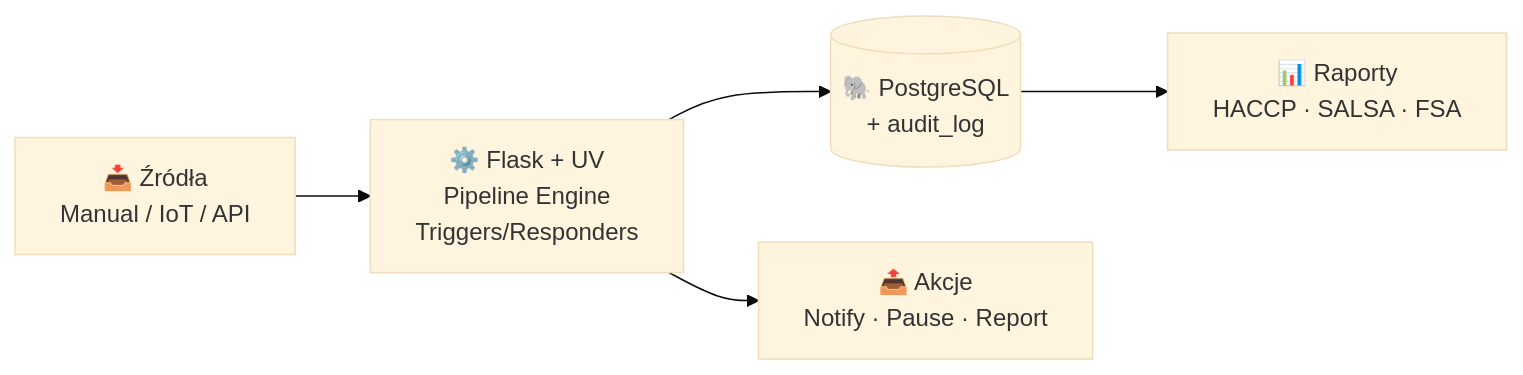
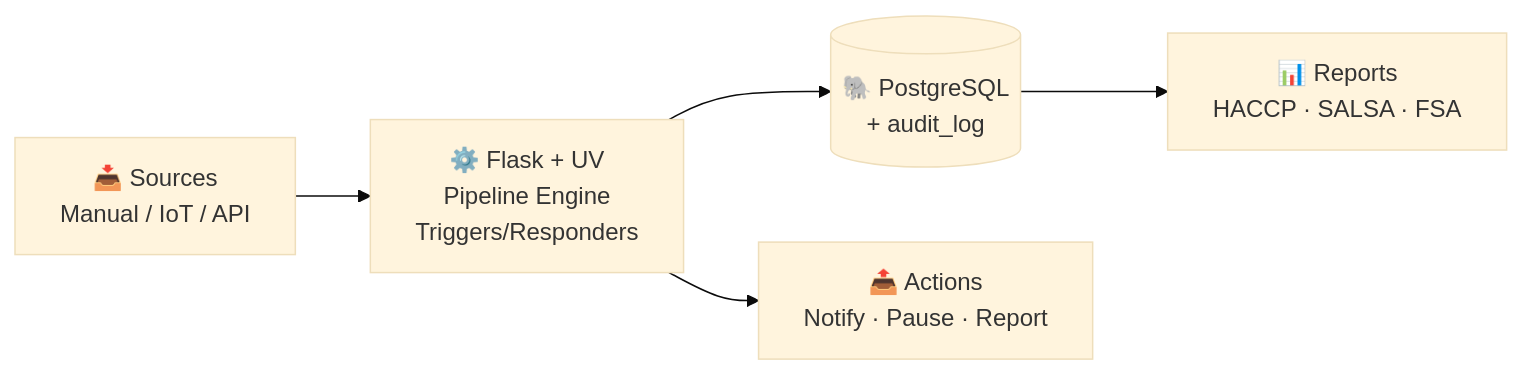
One commit to AmigoUK/qms-bakery changed the diagram in README.md. Above: the diagram before and after it, drawn with Mermaid (base theme). The commit also changed other lines of this file and 1 other file, not shown here.

First line of the commit message:
Translate README to English; fix Mermaid edge-label parse error

````diff
--- a/README.md
+++ b/README.md
@@ -37,13 +37,13 @@
 ```mermaid
 graph LR
-    SRC["📥 Źródła<br/>Manual / IoT / API"]
+    SRC["📥 Sources<br/>Manual / IoT / API"]
     APP["⚙️ Flask + UV<br/>Pipeline Engine<br/>Triggers/Responders"]
     DB[("🐘 PostgreSQL<br/>+ audit_log")]
-    OUT["📤 Akcje<br/>Notify · Pause · Report"]
-    REP["📊 Raporty<br/>HACCP · SALSA · FSA"]
+    OUT["📤 Actions<br/>Notify · Pause · Report"]
+    REP["📊 Reports<br/>HACCP · SALSA · FSA"]
 
     SRC --> APP
     APP --> DB
     APP --> OUT
     DB --> REP
 ```
````
